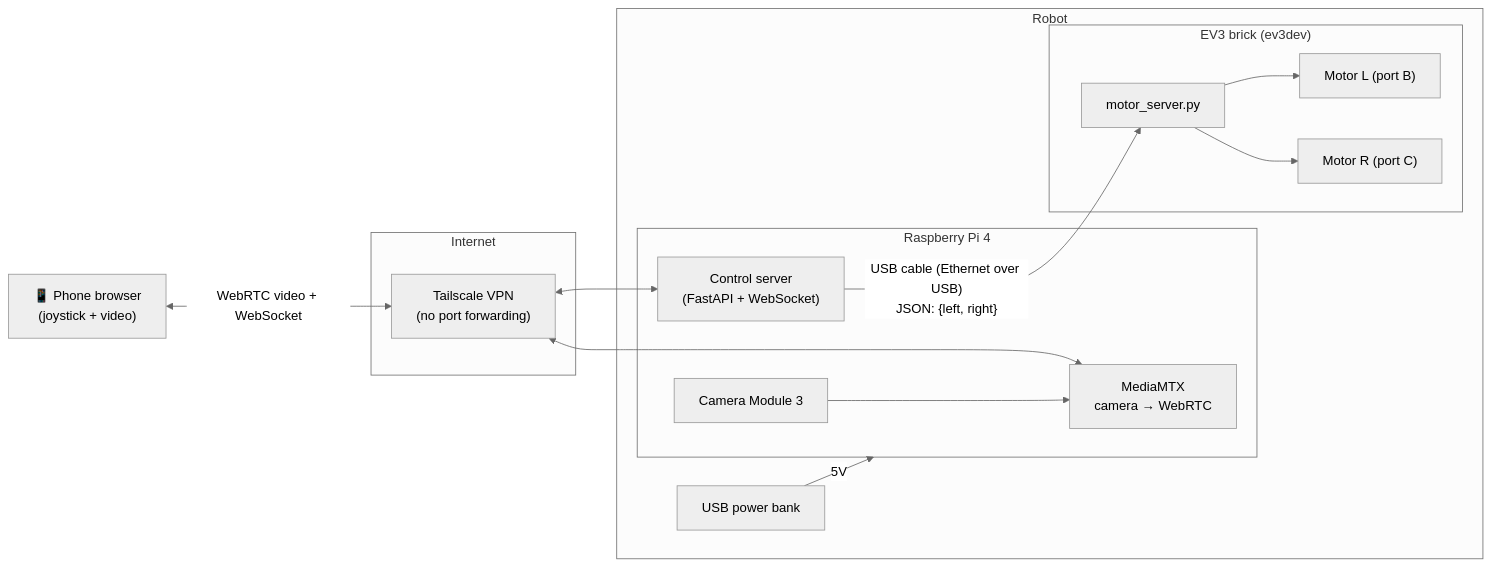
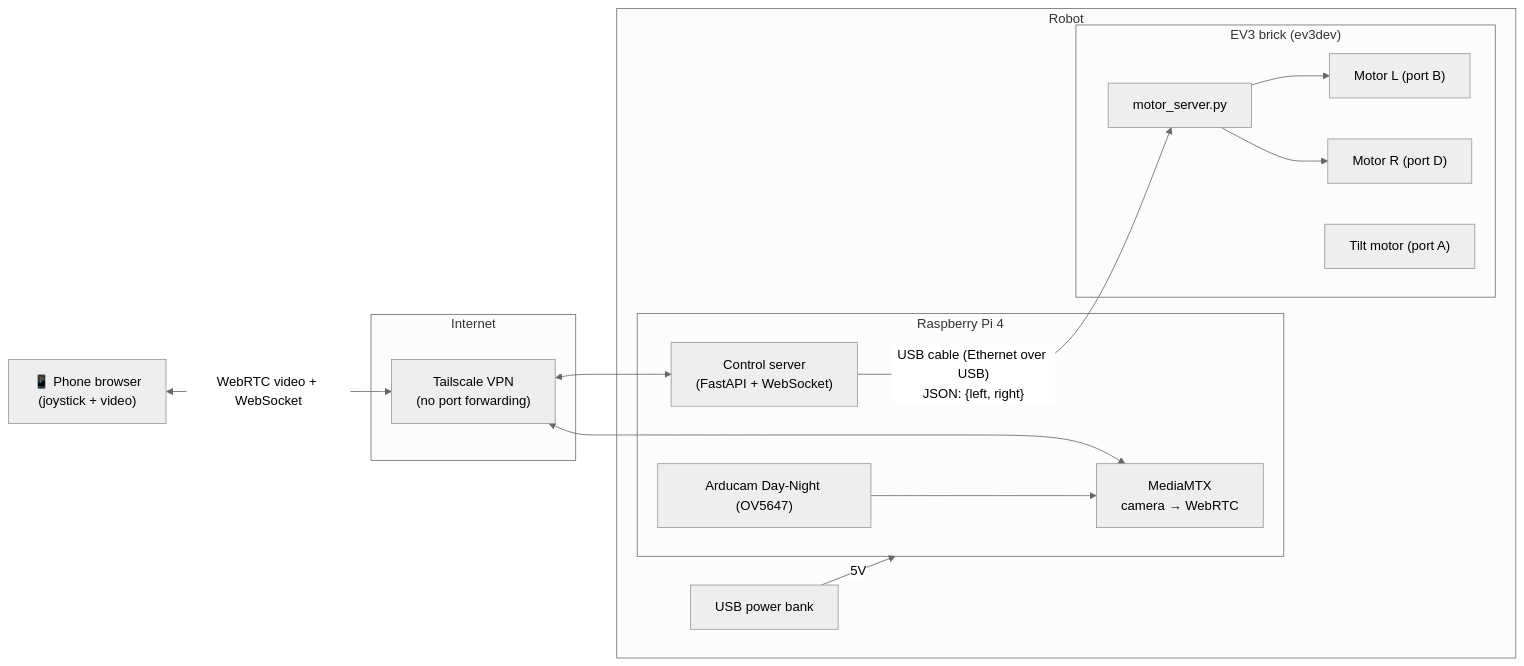
The diagram in docs/DESIGN.md (goerajat/Babloo), drawn with Mermaid (neutral theme) before and after one commit. The commit also changed other lines of this file and 16 other files, not shown here.

````diff
--- a/docs/DESIGN.md
+++ b/docs/DESIGN.md
@@ -32,28 +32,29 @@
 ```mermaid
 flowchart LR
     Phone["📱 Phone browser<br/>(joystick + video)"]
     subgraph Internet
         TS["Tailscale VPN<br/>(no port forwarding)"]
     end
     subgraph Robot
         subgraph Pi["Raspberry Pi 4"]
             MTX["MediaMTX<br/>camera → WebRTC"]
             API["Control server<br/>(FastAPI + WebSocket)"]
-            CAM["Camera Module 3"]
+            CAM["Arducam Day-Night (OV5647)"]
         end
         subgraph EV3["EV3 brick (ev3dev)"]
             MS["motor_server.py"]
             ML["Motor L (port B)"]
-            MR["Motor R (port C)"]
+            MR["Motor R (port D)"]
+            MT["Tilt motor (port A)"]
         end
         PB["USB power bank"]
     end
     Phone <-- "WebRTC video + WebSocket" --> TS
     TS <--> MTX
     TS <--> API
     CAM --> MTX
     API -- "USB cable (Ethernet over USB)<br/>JSON: {left, right}" --> MS
     MS --> ML
     MS --> MR
     PB -- 5V --> Pi
 ```
````
